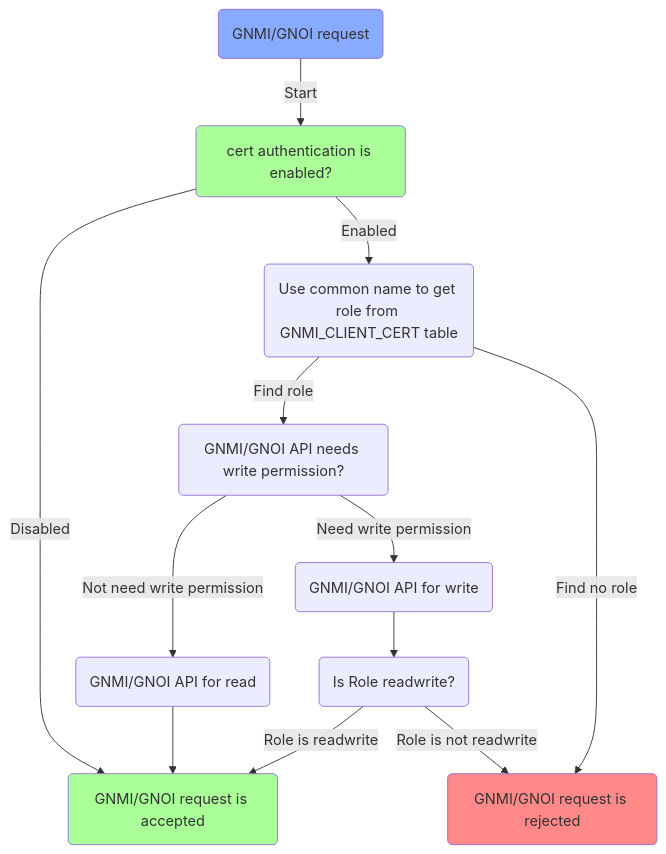
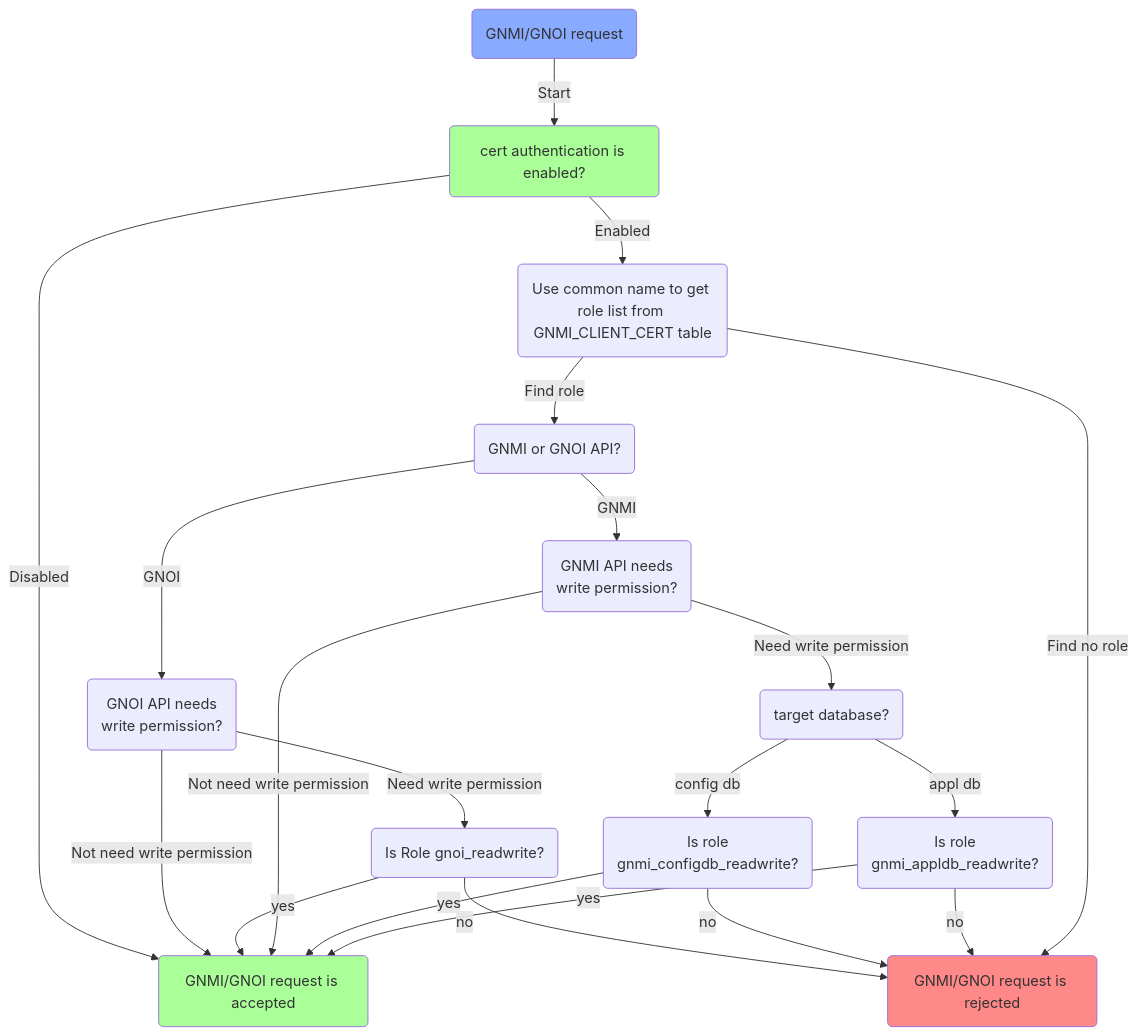
One commit to ganglyu/mermaid changed the diagram in gnmi_role.md. Above: the diagram before and after it, drawn with Mermaid.

````diff
--- a/gnmi_role.md
+++ b/gnmi_role.md
@@ -1,28 +1,39 @@
 ```mermaid
 flowchart
     id_request(GNMI/GNOI request)
     style id_request fill:#8AF
     id_cert_auth(cert authentication is enabled?)
     style id_cert_auth fill:#AF9
-    id_get_role(Use common name to get role from GNMI_CLIENT_CERT table)
-    id_api_access(GNMI/GNOI API needs write permission?)
-    id_api_write(GNMI/GNOI API for write)
-    id_api_read(GNMI/GNOI API for read)
-    id_check_role(Is Role readwrite?)
+    id_get_role(Use common name to get role list from GNMI_CLIENT_CERT table)
+    id_api_type(GNMI or GNOI API?)
+    id_gnoi_access(GNOI API needs<br>write permission?)
+    id_gnmi_access(GNMI API needs<br>write permission?)
+    id_gnmi_database(target database?)
+    id_gnmi_configdb_role(Is role<br>gnmi_configdb_readwrite?)
+    id_gnmi_appldb_role(Is role<br>gnmi_appldb_readwrite?)
+    id_gnoi_role(Is Role gnoi_readwrite?)
     id_request_auth(GNMI/GNOI request is accepted)
     style id_request_auth fill:#AF9
     id_request_not_auth(GNMI/GNOI request is rejected)
     style id_request_not_auth fill:#F88
 
     id_request-->|Start|id_cert_auth
     id_cert_auth-->|Disabled|id_request_auth
     id_cert_auth-->|Enabled|id_get_role
-    id_get_role-->|Find role|id_api_access
-    id_api_access-->|Need write permission|id_api_write
-    id_api_access-->|Not need write permission|id_api_read
-    id_api_read-->id_request_auth
-    id_api_write-->id_check_role
-    id_check_role-->|Role is not readwrite|id_request_not_auth
-    id_check_role-->|Role is readwrite|id_request_auth
+    id_get_role-->|Find role|id_api_type
+    id_api_type-->|GNOI|id_gnoi_access
+    id_api_type-->|GNMI|id_gnmi_access
+    id_gnoi_access-->|Need write permission|id_gnoi_role
+    id_gnoi_access-->|Not need write permission|id_request_auth
+    id_gnoi_role-->|yes|id_request_auth
+    id_gnoi_role-->|no|id_request_not_auth
+    id_gnmi_access-->|Not need write permission|id_request_auth
+    id_gnmi_access-->|Need write permission|id_gnmi_database
+    id_gnmi_database-->|config db|id_gnmi_configdb_role
+    id_gnmi_database-->|appl db|id_gnmi_appldb_role
+    id_gnmi_configdb_role-->|yes|id_request_auth
+    id_gnmi_configdb_role-->|no|id_request_not_auth
+    id_gnmi_appldb_role-->|yes|id_request_auth
+    id_gnmi_appldb_role-->|no|id_request_not_auth
     id_get_role-->|Find no role|id_request_not_auth
 ```
````
